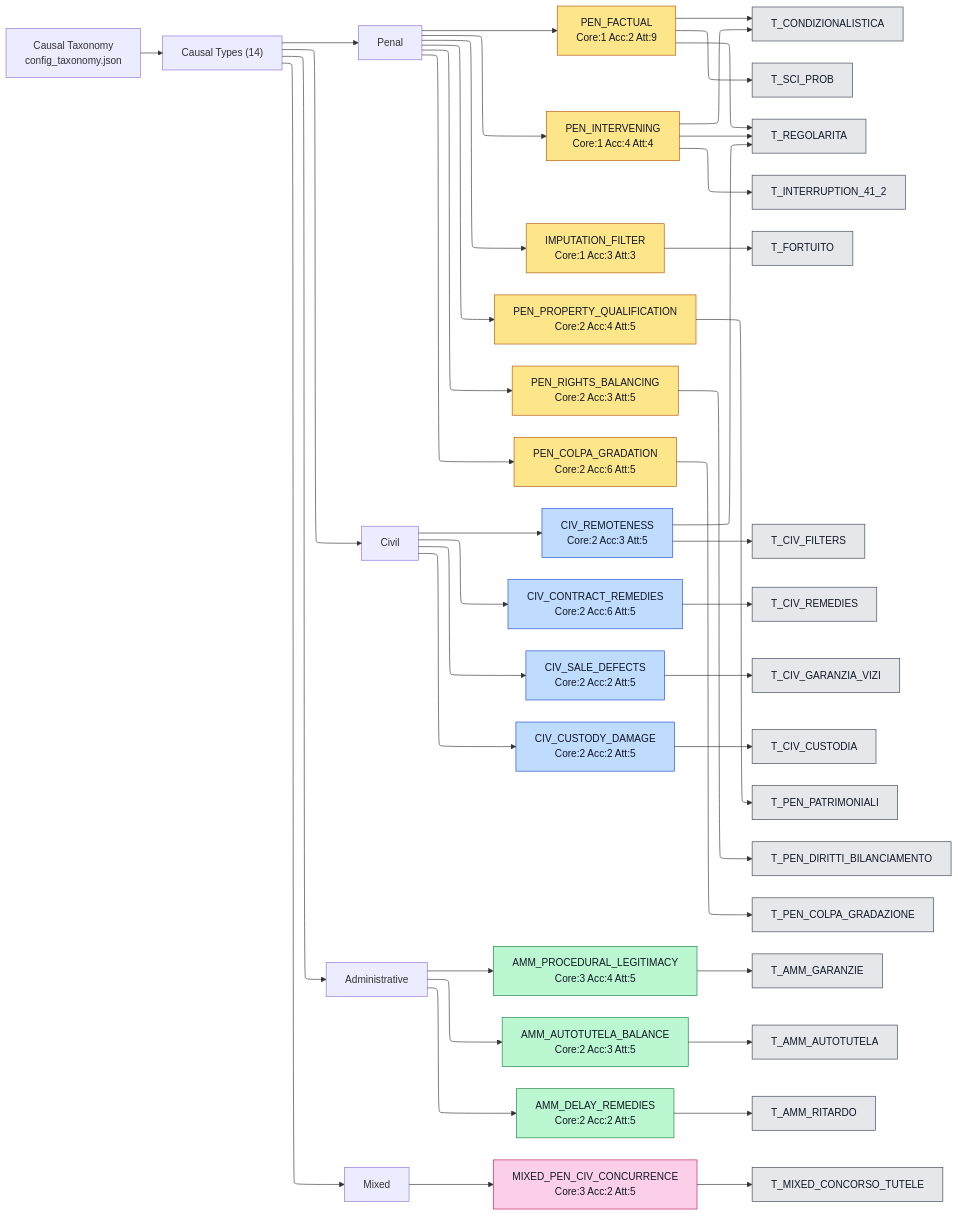
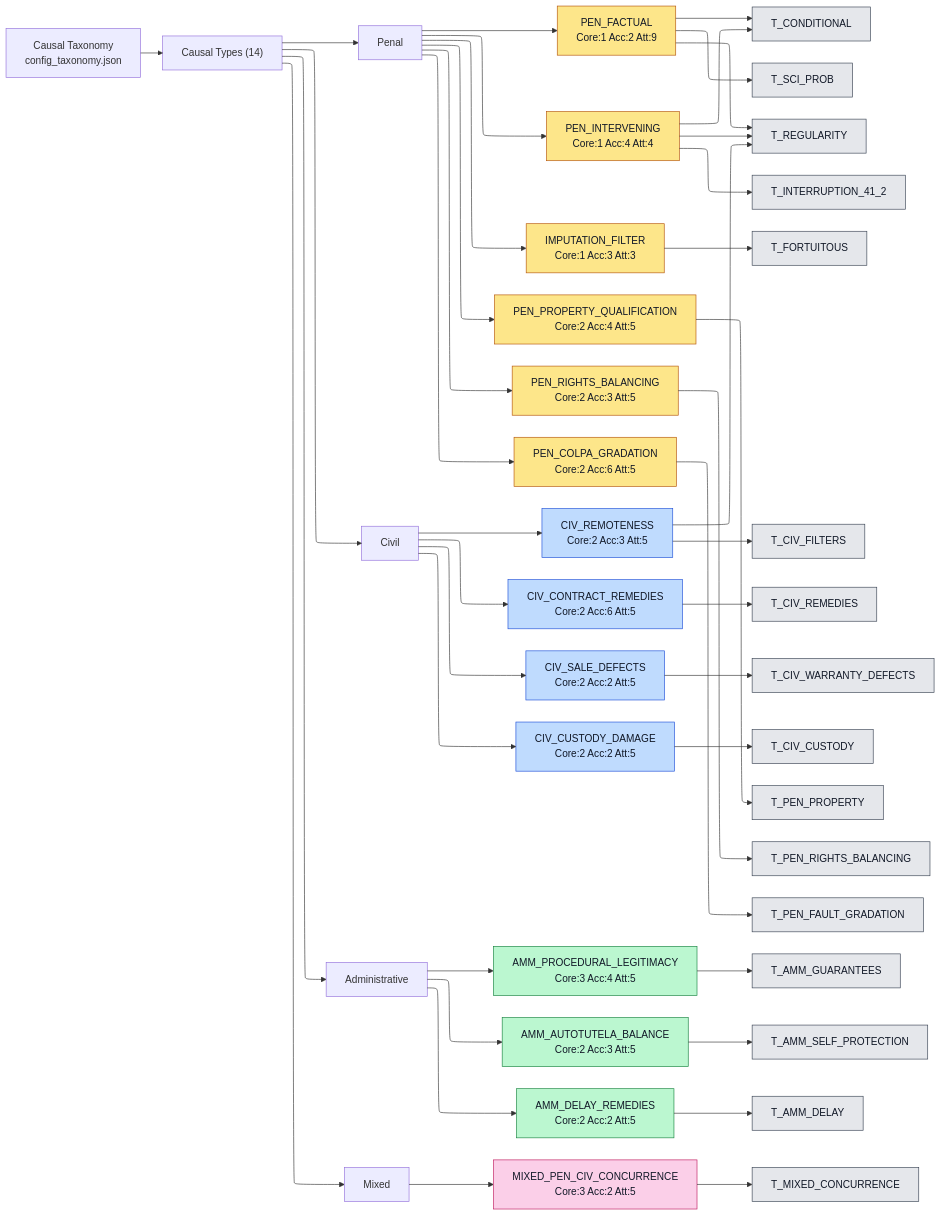
Before and after one commit to Leonard2310/LexCausa: the diagram in assets/taxonomy_graphs/causal_taxonomy_overview.mmd, drawn with Mermaid. The commit also changed 2 other files, not shown here.

Commit message:
fix: update terminology in causal taxonomy and runtime flow diagrams for clarity

```diff
--- a/assets/taxonomy_graphs/causal_taxonomy_overview.mmd
+++ b/assets/taxonomy_graphs/causal_taxonomy_overview.mmd
@@ -1,124 +1,124 @@
 %%{init: {"flowchart": {"defaultRenderer": "elk"}}}%%
 graph LR
   TAX["Causal Taxonomy\nconfig_taxonomy.json"]
   CTG["Causal Types (14)"]
   TAX --> CTG
 
   D_PEN["Penal"]
   D_CIV["Civil"]
   D_AMM["Administrative"]
   D_MIX["Mixed"]
 
   CTG --> D_PEN
   CTG --> D_CIV
   CTG --> D_AMM
   CTG --> D_MIX
 
   PEN_FACTUAL["PEN_FACTUAL\nCore:1 Acc:2 Att:9"]
   PEN_INTERVENING["PEN_INTERVENING\nCore:1 Acc:4 Att:4"]
   IMPUTATION_FILTER["IMPUTATION_FILTER\nCore:1 Acc:3 Att:3"]
   PEN_PROPERTY_QUALIFICATION["PEN_PROPERTY_QUALIFICATION\nCore:2 Acc:4 Att:5"]
   PEN_RIGHTS_BALANCING["PEN_RIGHTS_BALANCING\nCore:2 Acc:3 Att:5"]
   PEN_COLPA_GRADATION["PEN_COLPA_GRADATION\nCore:2 Acc:6 Att:5"]
 
   D_PEN --> PEN_FACTUAL
   D_PEN --> PEN_INTERVENING
   D_PEN --> IMPUTATION_FILTER
   D_PEN --> PEN_PROPERTY_QUALIFICATION
   D_PEN --> PEN_RIGHTS_BALANCING
   D_PEN --> PEN_COLPA_GRADATION
 
   CIV_REMOTENESS["CIV_REMOTENESS\nCore:2 Acc:3 Att:5"]
   CIV_CONTRACT_REMEDIES["CIV_CONTRACT_REMEDIES\nCore:2 Acc:6 Att:5"]
   CIV_SALE_DEFECTS["CIV_SALE_DEFECTS\nCore:2 Acc:2 Att:5"]
   CIV_CUSTODY_DAMAGE["CIV_CUSTODY_DAMAGE\nCore:2 Acc:2 Att:5"]
 
   D_CIV --> CIV_REMOTENESS
   D_CIV --> CIV_CONTRACT_REMEDIES
   D_CIV --> CIV_SALE_DEFECTS
   D_CIV --> CIV_CUSTODY_DAMAGE
 
   AMM_PROCEDURAL_LEGITIMACY["AMM_PROCEDURAL_LEGITIMACY\nCore:3 Acc:4 Att:5"]
   AMM_AUTOTUTELA_BALANCE["AMM_AUTOTUTELA_BALANCE\nCore:2 Acc:3 Att:5"]
   AMM_DELAY_REMEDIES["AMM_DELAY_REMEDIES\nCore:2 Acc:2 Att:5"]
 
   D_AMM --> AMM_PROCEDURAL_LEGITIMACY
   D_AMM --> AMM_AUTOTUTELA_BALANCE
   D_AMM --> AMM_DELAY_REMEDIES
 
   MIXED_PEN_CIV_CONCURRENCE["MIXED_PEN_CIV_CONCURRENCE\nCore:3 Acc:2 Att:5"]
   D_MIX --> MIXED_PEN_CIV_CONCURRENCE
 
-  T_CONDIZIONALISTICA["T_CONDIZIONALISTICA"]
+  T_CONDIZIONALISTICA["T_CONDITIONAL"]
   T_SCI_PROB["T_SCI_PROB"]
-  T_REGOLARITA["T_REGOLARITA"]
+  T_REGOLARITA["T_REGULARITY"]
   T_INTERRUPTION_41_2["T_INTERRUPTION_41_2"]
-  T_FORTUITO["T_FORTUITO"]
+  T_FORTUITO["T_FORTUITOUS"]
   T_CIV_FILTERS["T_CIV_FILTERS"]
   T_CIV_REMEDIES["T_CIV_REMEDIES"]
-  T_CIV_GARANZIA_VIZI["T_CIV_GARANZIA_VIZI"]
-  T_CIV_CUSTODIA["T_CIV_CUSTODIA"]
-  T_PEN_PATRIMONIALI["T_PEN_PATRIMONIALI"]
-  T_PEN_DIRITTI_BILANCIAMENTO["T_PEN_DIRITTI_BILANCIAMENTO"]
-  T_PEN_COLPA_GRADAZIONE["T_PEN_COLPA_GRADAZIONE"]
-  T_AMM_GARANZIE["T_AMM_GARANZIE"]
-  T_AMM_AUTOTUTELA["T_AMM_AUTOTUTELA"]
-  T_AMM_RITARDO["T_AMM_RITARDO"]
-  T_MIXED_CONCORSO_TUTELE["T_MIXED_CONCORSO_TUTELE"]
+  T_CIV_GARANZIA_VIZI["T_CIV_WARRANTY_DEFECTS"]
+  T_CIV_CUSTODIA["T_CIV_CUSTODY"]
+  T_PEN_PATRIMONIALI["T_PEN_PROPERTY"]
+  T_PEN_DIRITTI_BILANCIAMENTO["T_PEN_RIGHTS_BALANCING"]
+  T_PEN_COLPA_GRADAZIONE["T_PEN_FAULT_GRADATION"]
+  T_AMM_GARANZIE["T_AMM_GUARANTEES"]
+  T_AMM_AUTOTUTELA["T_AMM_SELF_PROTECTION"]
+  T_AMM_RITARDO["T_AMM_DELAY"]
+  T_MIXED_CONCORSO_TUTELE["T_MIXED_CONCURRENCE"]
 
   PEN_FACTUAL --> T_CONDIZIONALISTICA
   PEN_FACTUAL --> T_SCI_PROB
   PEN_FACTUAL --> T_REGOLARITA
   PEN_INTERVENING --> T_CONDIZIONALISTICA
   PEN_INTERVENING --> T_REGOLARITA
   PEN_INTERVENING --> T_INTERRUPTION_41_2
   IMPUTATION_FILTER --> T_FORTUITO
   PEN_PROPERTY_QUALIFICATION --> T_PEN_PATRIMONIALI
   PEN_RIGHTS_BALANCING --> T_PEN_DIRITTI_BILANCIAMENTO
   PEN_COLPA_GRADATION --> T_PEN_COLPA_GRADAZIONE
   CIV_REMOTENESS --> T_REGOLARITA
   CIV_REMOTENESS --> T_CIV_FILTERS
   CIV_CONTRACT_REMEDIES --> T_CIV_REMEDIES
   CIV_SALE_DEFECTS --> T_CIV_GARANZIA_VIZI
   CIV_CUSTODY_DAMAGE --> T_CIV_CUSTODIA
   AMM_PROCEDURAL_LEGITIMACY --> T_AMM_GARANZIE
   AMM_AUTOTUTELA_BALANCE --> T_AMM_AUTOTUTELA
   AMM_DELAY_REMEDIES --> T_AMM_RITARDO
   MIXED_PEN_CIV_CONCURRENCE --> T_MIXED_CONCORSO_TUTELE
 
   classDef pen fill:#fde68a,stroke:#b45309,color:#111827;
   classDef civ fill:#bfdbfe,stroke:#1d4ed8,color:#111827;
   classDef amm fill:#bbf7d0,stroke:#15803d,color:#111827;
   classDef mix fill:#fbcfe8,stroke:#be185d,color:#111827;
   classDef theory fill:#e5e7eb,stroke:#374151,color:#111827;
 
   class PEN_FACTUAL pen;
   class PEN_INTERVENING pen;
   class IMPUTATION_FILTER pen;
   class PEN_PROPERTY_QUALIFICATION pen;
   class PEN_RIGHTS_BALANCING pen;
   class PEN_COLPA_GRADATION pen;
   class CIV_REMOTENESS civ;
   class CIV_CONTRACT_REMEDIES civ;
   class CIV_SALE_DEFECTS civ;
   class CIV_CUSTODY_DAMAGE civ;
   class AMM_PROCEDURAL_LEGITIMACY amm;
   class AMM_AUTOTUTELA_BALANCE amm;
   class AMM_DELAY_REMEDIES amm;
   class MIXED_PEN_CIV_CONCURRENCE mix;
   class T_CONDIZIONALISTICA theory;
   class T_SCI_PROB theory;
   class T_REGOLARITA theory;
   class T_INTERRUPTION_41_2 theory;
   class T_FORTUITO theory;
   class T_CIV_FILTERS theory;
   class T_CIV_REMEDIES theory;
   class T_CIV_GARANZIA_VIZI theory;
   class T_CIV_CUSTODIA theory;
   class T_PEN_PATRIMONIALI theory;
   class T_PEN_DIRITTI_BILANCIAMENTO theory;
   class T_PEN_COLPA_GRADAZIONE theory;
   class T_AMM_GARANZIE theory;
   class T_AMM_AUTOTUTELA theory;
   class T_AMM_RITARDO theory;
   class T_MIXED_CONCORSO_TUTELE theory;
```
